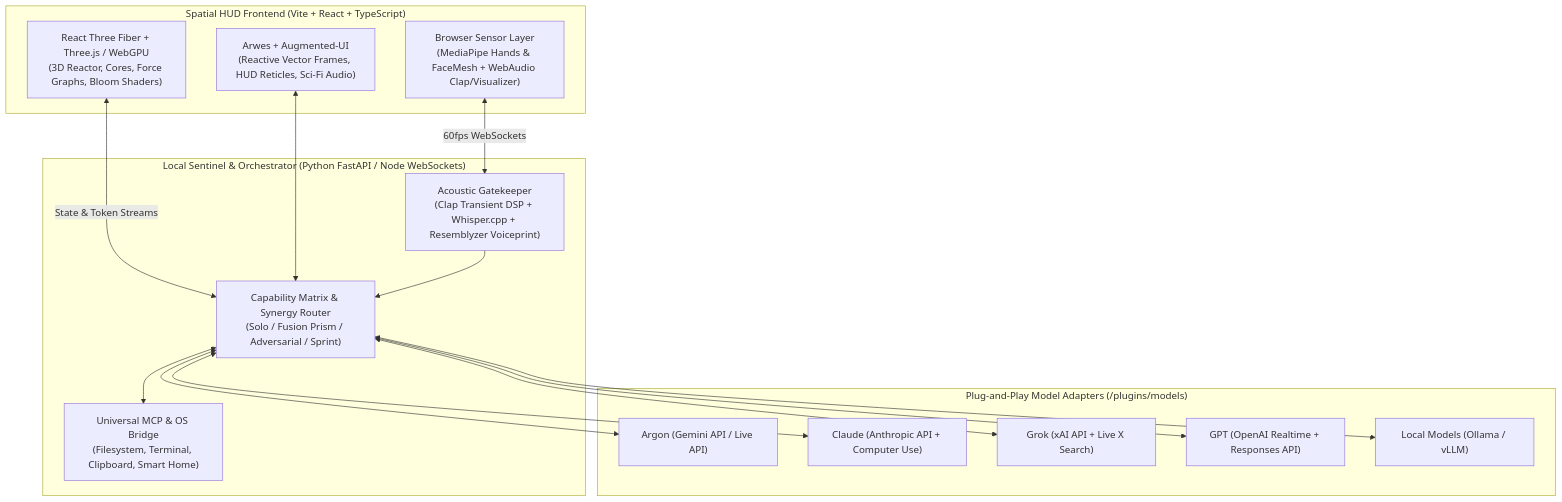
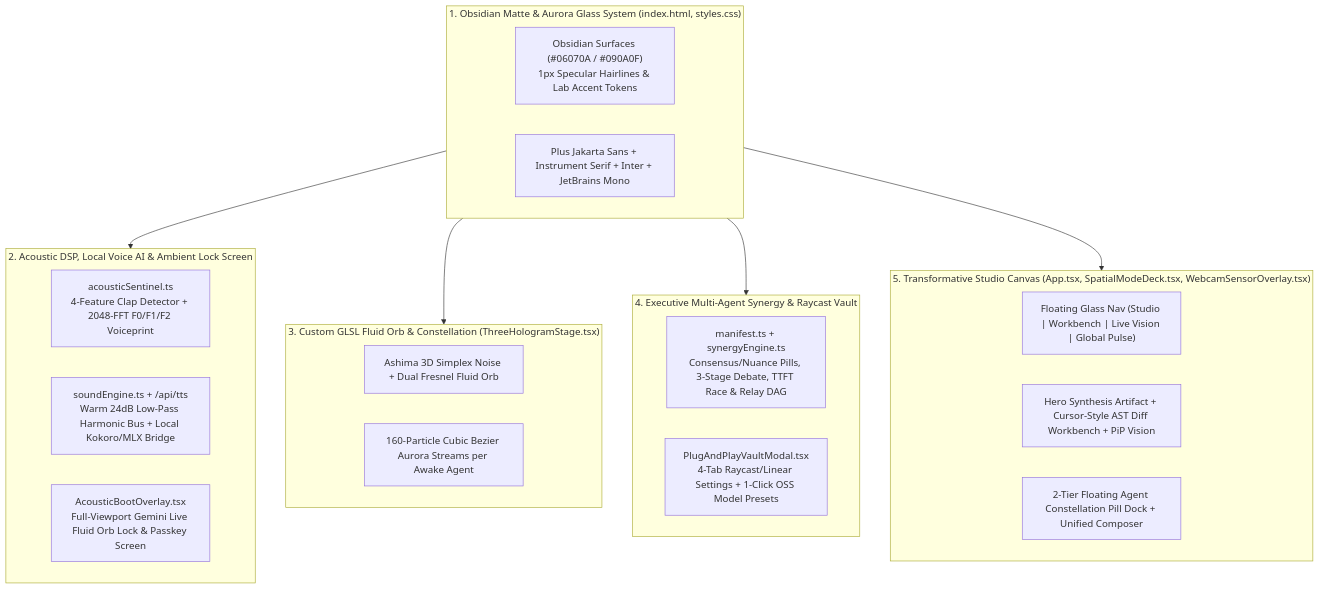
The diagram in docs/ARCHITECTURE.md (ysham123/Aspira), drawn with Mermaid before and after one commit. The commit also changed other lines of this file and 14 other files, not shown here.

Commit message:
feat: flagship Aspira UI/UX redesign with GLSL fluid orb, luxury audio DSP, and executive synergy studio

````diff
--- a/docs/ARCHITECTURE.md
+++ b/docs/ARCHITECTURE.md
@@ -151,29 +27,31 @@
 ```mermaid
 flowchart TD
-    subgraph Frontend["Spatial HUD Frontend (Vite + React + TypeScript)"]
-        R3F["React Three Fiber + Three.js / WebGPU<br/>(3D Reactor, Cores, Force Graphs, Bloom Shaders)"]
-        SciFiUI["Arwes + Augmented-UI<br/>(Reactive Vector Frames, HUD Reticles, Sci-Fi Audio)"]
-        Sensors["Browser Sensor Layer<br/>(MediaPipe Hands & FaceMesh + WebAudio Clap/Visualizer)"]
+    subgraph DesignSystem["1. Obsidian Matte & Aurora Glass System (index.html, styles.css)"]
+        Tokens["Obsidian Surfaces (#06070A / #090A0F)<br/>1px Specular Hairlines & Lab Accent Tokens"]
+        Type["Plus Jakarta Sans + Instrument Serif + Inter + JetBrains Mono"]
     end
 
-    subgraph LocalDaemon["Local Sentinel & Orchestrator (Python FastAPI / Node WebSockets)"]
-        WakeEngine["Acoustic Gatekeeper<br/>(Clap Transient DSP + Whisper.cpp + Resemblyzer Voiceprint)"]
-        RouterEngine["Capability Matrix & Synergy Router<br/>(Solo / Fusion Prism / Adversarial / Sprint)"]
-        MCPHost["Universal MCP & OS Bridge<br/>(Filesystem, Terminal, Clipboard, Smart Home)"]
+    subgraph AudioAndLock["2. Acoustic DSP, Local Voice AI & Ambient Lock Screen"]
+        DSP["acousticSentinel.ts<br/>4-Feature Clap Detector + 2048-FFT F0/F1/F2 Voiceprint"]
+        Sound["soundEngine.ts + /api/tts<br/>Warm 24dB Low-Pass Harmonic Bus + Local Kokoro/MLX Bridge"]
+        LockUI["AcousticBootOverlay.tsx<br/>Full-Viewport Gemini Live Fluid Orb Lock & Passkey Screen"]
     end
 
-    subgraph Pantheon["Plug-and-Play Model Adapters (/plugins/models)"]
-        Argon["Argon (Gemini API / Live API)"]
-        Claude["Claude (Anthropic API + Computer Use)"]
-        Grok["Grok (xAI API + Live X Search)"]
-        GPT["GPT (OpenAI Realtime + Responses API)"]
-        LocalLLM["Local Models (Ollama / vLLM)"]
+    subgraph ShaderStage["3. Custom GLSL Fluid Orb & Constellation (ThreeHologramStage.tsx)"]
+        OrbShader["Ashima 3D Simplex Noise + Dual Fresnel Fluid Orb"]
+        Ribbons["160-Particle Cubic Bezier Aurora Streams per Awake Agent"]
     end
 
-    Sensors <-->|60fps WebSockets| WakeEngine
-    R3F <-->|State & Token Streams| RouterEngine
-    SciFiUI <--> RouterEngine
-    WakeEngine --> RouterEngine
-    RouterEngine <--> MCPHost
-    RouterEngine <--> Argon & Claude & Grok & GPT & LocalLLM
+    subgraph Orchestration["4. Executive Multi-Agent Synergy & Raycast Vault"]
+        Manifest["manifest.ts + synergyEngine.ts<br/>Consensus/Nuance Pills, 3-Stage Debate, TTFT Race & Relay DAG"]
+        Vault["PlugAndPlayVaultModal.tsx<br/>4-Tab Raycast/Linear Settings + 1-Click OSS Model Presets"]
+    end
+
+    subgraph StudioViews["5. Transformative Studio Canvas (App.tsx, SpatialModeDeck.tsx, WebcamSensorOverlay.tsx)"]
+        TopBar["Floating Glass Nav (Studio | Workbench | Live Vision | Global Pulse)"]
+        Views["Hero Synthesis Artifact + Cursor-Style AST Diff Workbench + PiP Vision"]
+        Dock["2-Tier Floating Agent Constellation Pill Dock + Unified Composer"]
+    end
+
+    DesignSystem --> AudioAndLock & ShaderStage & Orchestration & StudioViews
 ```
````
